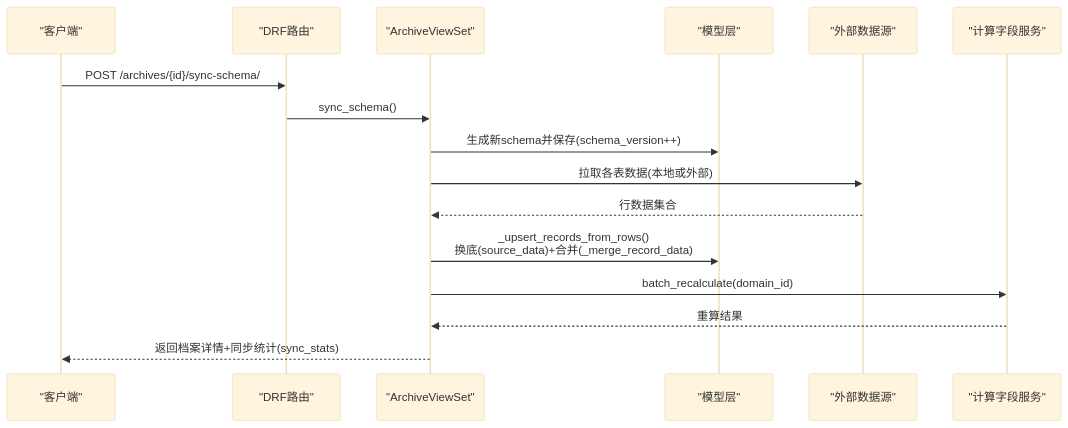
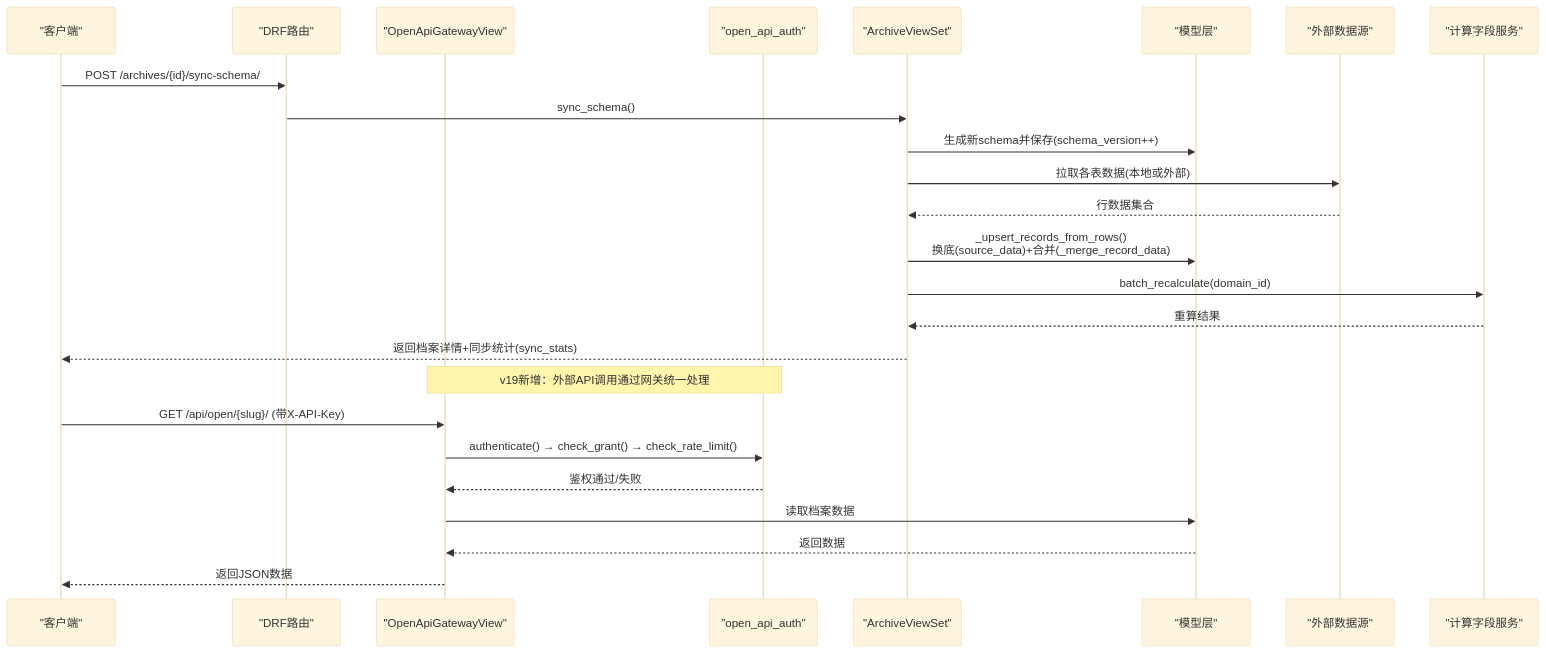
The second of 8 diagrams in .qoder/repowiki/zh/content/API参考文档/档案管理API/档案管理API.md (zyp-coder/Metadata), drawn with Mermaid (base theme) before and after one commit. The commit also changed other lines of this file and 54 other files, not shown here.

````diff
--- a/.qoder/repowiki/zh/content/API参考文档/档案管理API/档案管理API.md
+++ b/.qoder/repowiki/zh/content/API参考文档/档案管理API/档案管理API.md
@@ -74,18 +88,27 @@
 ```mermaid
 sequenceDiagram
 participant Client as "客户端"
 participant Router as "DRF路由"
+participant Gateway as "OpenApiGatewayView"
+participant Auth as "open_api_auth"
 participant View as "ArchiveViewSet"
 participant Model as "模型层"
 participant DS as "外部数据源"
 participant Calc as "计算字段服务"
 Client->>Router : POST /archives/{id}/sync-schema/
 Router->>View : sync_schema()
 View->>Model : 生成新schema并保存(schema_version++)
 View->>DS : 拉取各表数据(本地或外部)
 DS-->>View : 行数据集合
 View->>Model : _upsert_records_from_rows()<br/>换底(source_data)+合并(_merge_record_data)
 View->>Calc : batch_recalculate(domain_id)
 Calc-->>View : 重算结果
 View-->>Client : 返回档案详情+同步统计(sync_stats)
+Note over Gateway,Auth : v19新增：外部API调用通过网关统一处理
+Client->>Gateway : GET /api/open/{slug}/ (带X-API-Key)
+Gateway->>Auth : authenticate() → check_grant() → check_rate_limit()
+Auth-->>Gateway : 鉴权通过/失败
+Gateway->>Model : 读取档案数据
+Model-->>Gateway : 返回数据
+Gateway-->>Client : 返回JSON数据
 ```
````
